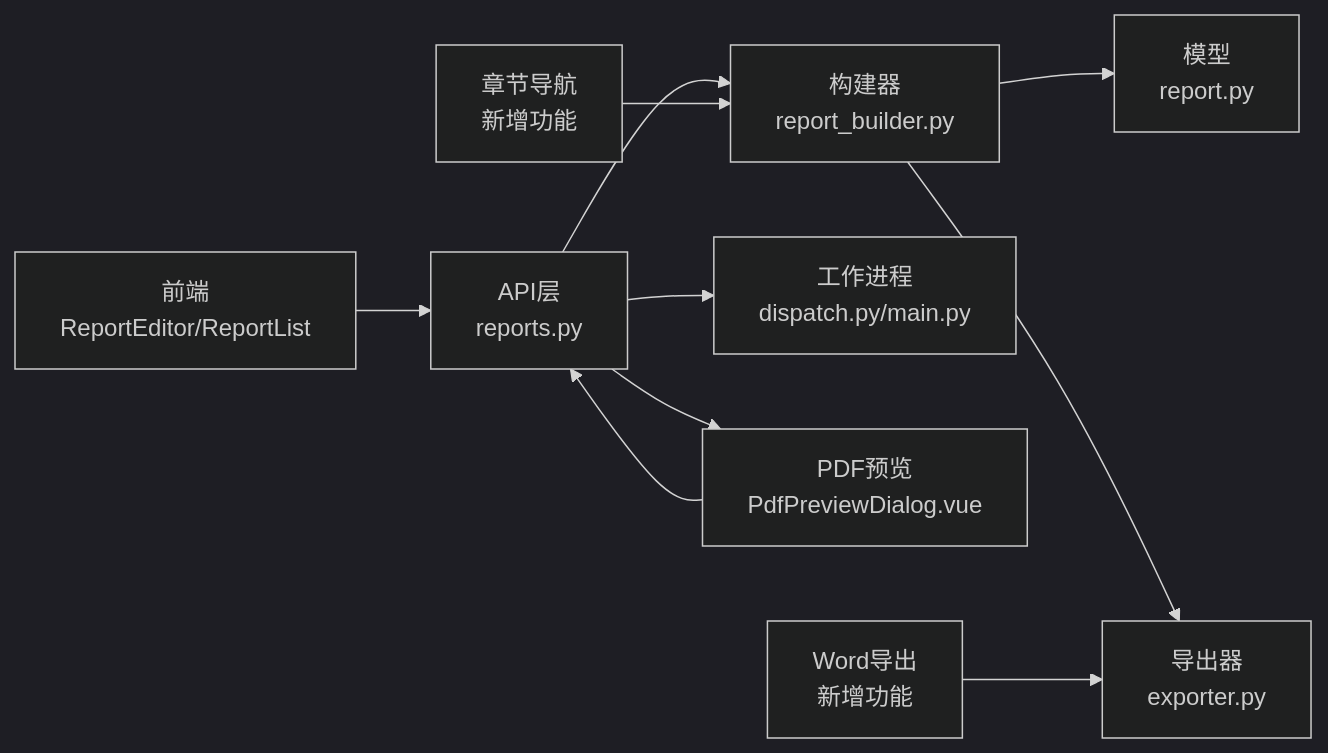
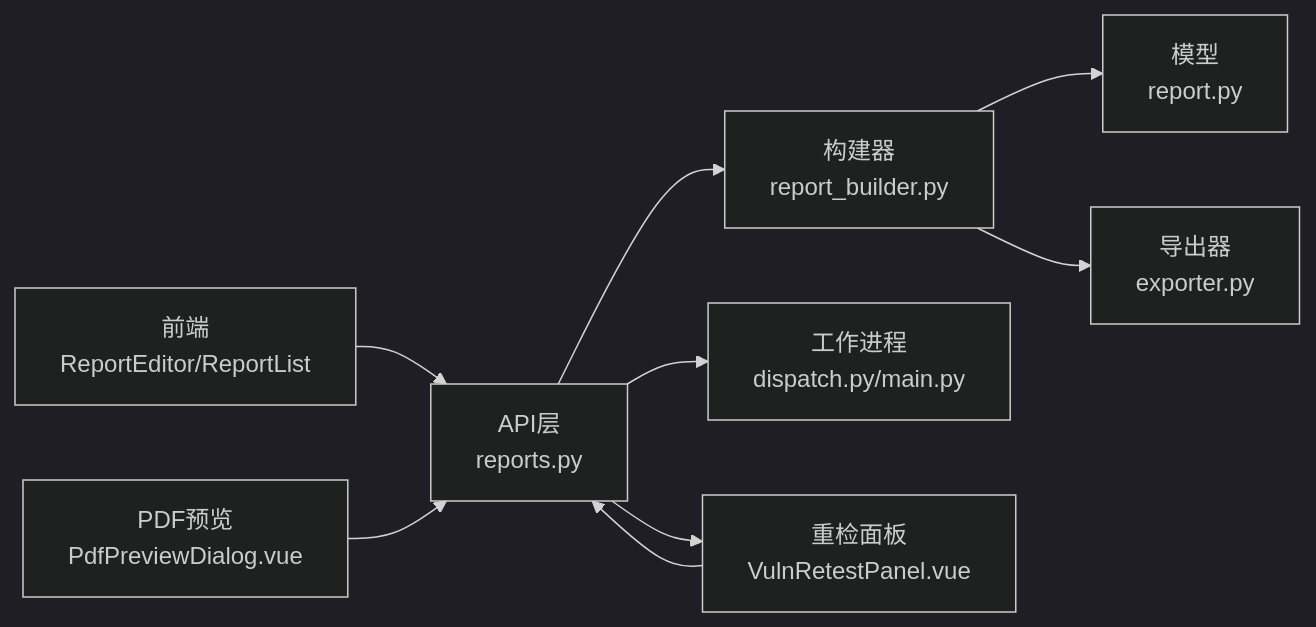
Before and after one commit to vu1Art1st/talos: the fourth of 4 diagrams in .qoder/repowiki/zh/content/项目概览/核心功能概述/报告生成模块.md, drawn with Mermaid (dark theme). The commit also changed other lines of this file and 132 other files, not shown here.

````diff
--- a/.qoder/repowiki/zh/content/项目概览/核心功能概述/报告生成模块.md
+++ b/.qoder/repowiki/zh/content/项目概览/核心功能概述/报告生成模块.md
@@ -308,12 +334,11 @@
 ```mermaid
 graph LR
 API["API层<br/>reports.py"] --> Builder["构建器<br/>report_builder.py"]
 API --> Worker["工作进程<br/>dispatch.py/main.py"]
-API --> PDFPreview["PDF预览<br/>PdfPreviewDialog.vue"]
+API --> Retest["重检面板<br/>VulnRetestPanel.vue"]
 Builder --> Model["模型<br/>report.py"]
 Builder --> Exporter["导出器<br/>exporter.py"]
 FE["前端<br/>ReportEditor/ReportList"] --> API
-PDFPreview --> API
-WordExport["Word导出<br/>新增功能"] --> Exporter
-ChapterNav["章节导航<br/>新增功能"] --> Builder
+Retest --> API
+PDF["PDF预览<br/>PdfPreviewDialog.vue"] --> API
 ```
````
